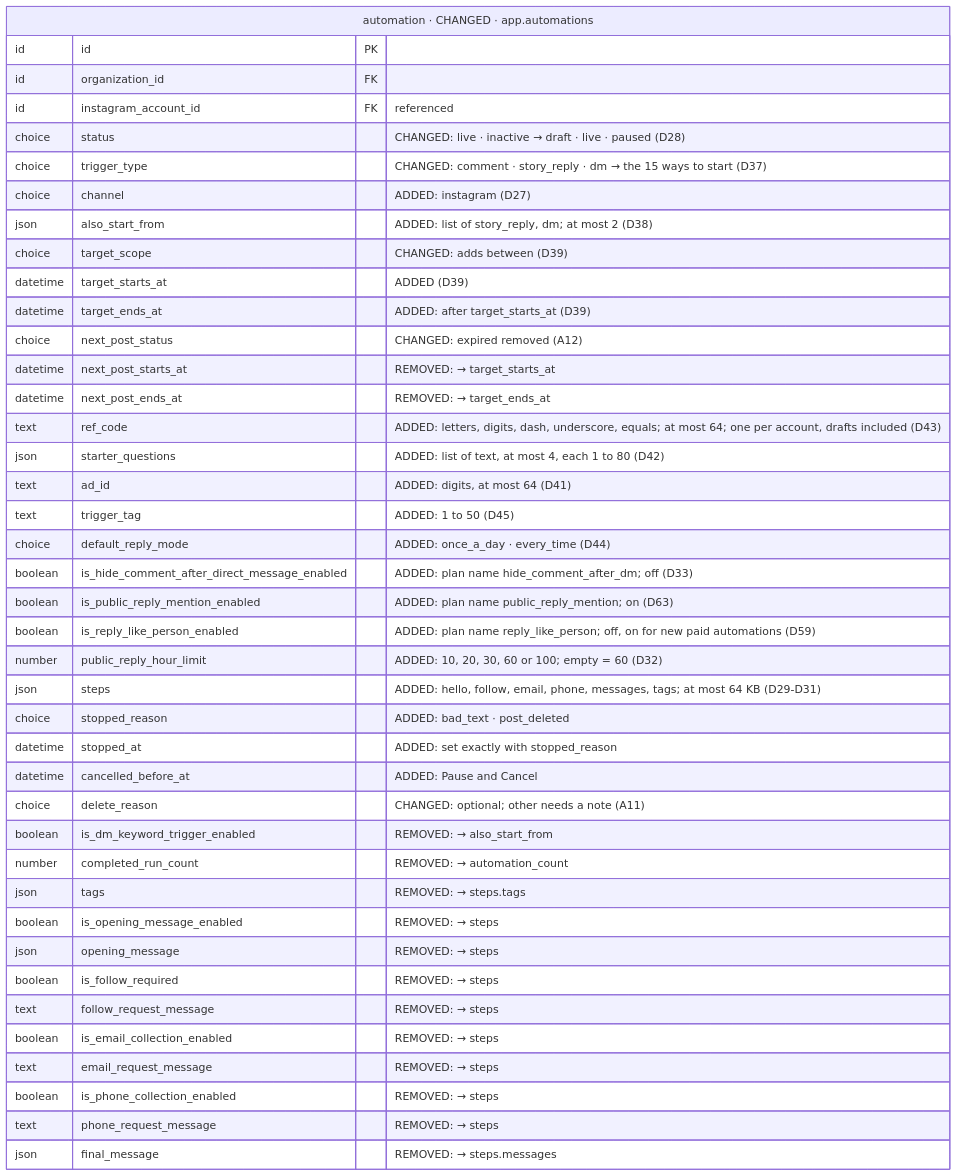
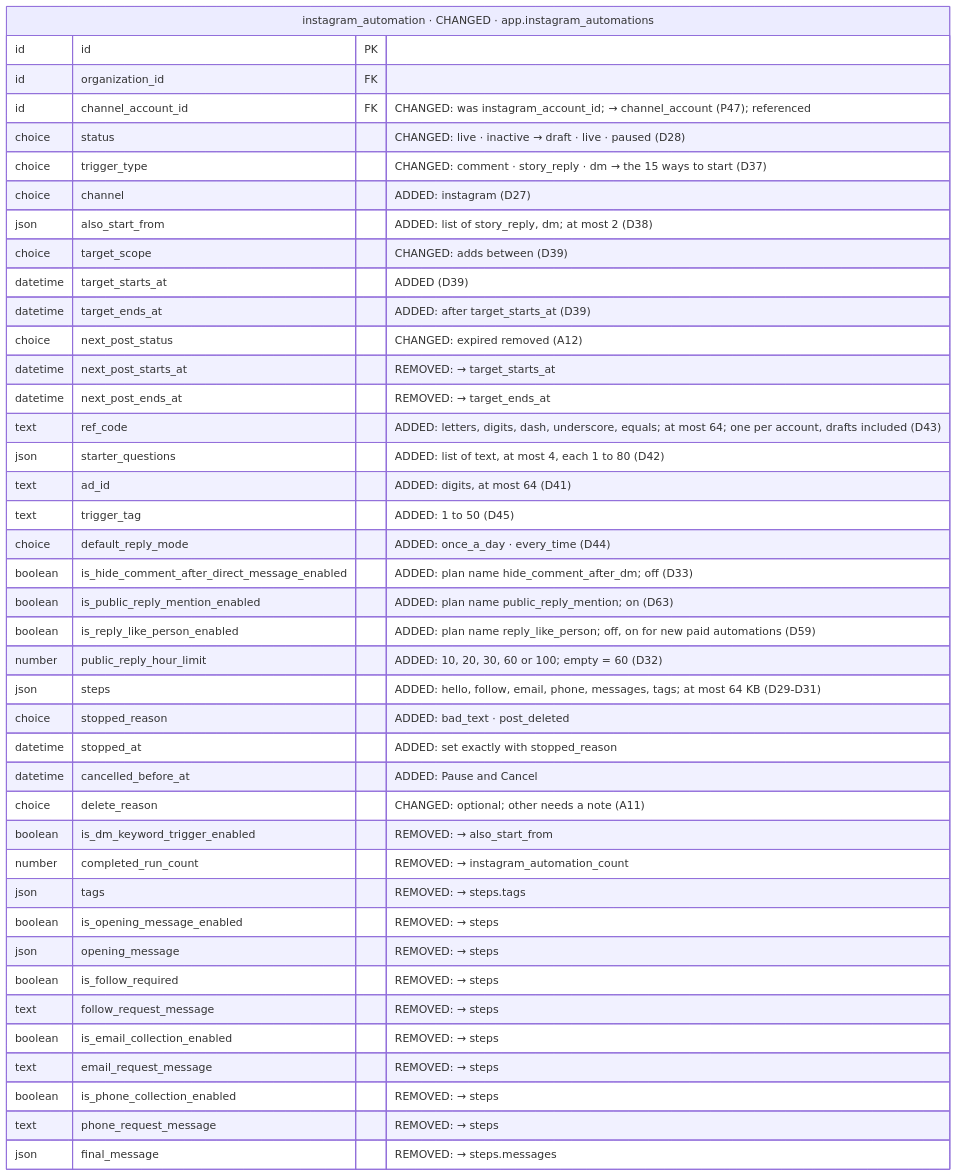
Before and after one commit to albetrios/meepzo-be: diagram 11 of 40 in iterations/feat-instagram-dm-sending-2026-11-23-oxak/plans/db-changes.md, drawn with Mermaid. The commit also changed other lines of this file and 3 other files, not shown here.

````diff
--- a/iterations/feat-instagram-dm-sending-2026-11-23-oxak/plans/db-changes.md
+++ b/iterations/feat-instagram-dm-sending-2026-11-23-oxak/plans/db-changes.md
@@ -549,44 +676,44 @@
 ```mermaid
 erDiagram
-  automation["automation · CHANGED · app.automations"] {
+  instagram_automation["instagram_automation · CHANGED · app.instagram_automations"] {
     id id PK
     id organization_id FK
-    id instagram_account_id FK "referenced"
+    id channel_account_id FK "CHANGED: was instagram_account_id; → channel_account (P47); referenced"
     choice status "CHANGED: live · inactive → draft · live · paused (D28)"
     choice trigger_type "CHANGED: comment · story_reply · dm → the 15 ways to start (D37)"
     choice channel "ADDED: instagram (D27)"
     json also_start_from "ADDED: list of story_reply, dm; at most 2 (D38)"
     choice target_scope "CHANGED: adds between (D39)"
     datetime target_starts_at "ADDED (D39)"
     datetime target_ends_at "ADDED: after target_starts_at (D39)"
     choice next_post_status "CHANGED: expired removed (A12)"
     datetime next_post_starts_at "REMOVED: → target_starts_at"
     datetime next_post_ends_at "REMOVED: → target_ends_at"
     text ref_code "ADDED: letters, digits, dash, underscore, equals; at most 64; one per account, drafts included (D43)"
     json starter_questions "ADDED: list of text, at most 4, each 1 to 80 (D42)"
     text ad_id "ADDED: digits, at most 64 (D41)"
     text trigger_tag "ADDED: 1 to 50 (D45)"
     choice default_reply_mode "ADDED: once_a_day · every_time (D44)"
     boolean is_hide_comment_after_direct_message_enabled "ADDED: plan name hide_comment_after_dm; off (D33)"
     boolean is_public_reply_mention_enabled "ADDED: plan name public_reply_mention; on (D63)"
     boolean is_reply_like_person_enabled "ADDED: plan name reply_like_person; off, on for new paid automations (D59)"
     number public_reply_hour_limit "ADDED: 10, 20, 30, 60 or 100; empty = 60 (D32)"
     json steps "ADDED: hello, follow, email, phone, messages, tags; at most 64 KB (D29-D31)"
     choice stopped_reason "ADDED: bad_text · post_deleted"
     datetime stopped_at "ADDED: set exactly with stopped_reason"
     datetime cancelled_before_at "ADDED: Pause and Cancel"
     choice delete_reason "CHANGED: optional; other needs a note (A11)"
     boolean is_dm_keyword_trigger_enabled "REMOVED: → also_start_from"
-    number completed_run_count "REMOVED: → automation_count"
+    number completed_run_count "REMOVED: → instagram_automation_count"
     json tags "REMOVED: → steps.tags"
     boolean is_opening_message_enabled "REMOVED: → steps"
     json opening_message "REMOVED: → steps"
     boolean is_follow_required "REMOVED: → steps"
     text follow_request_message "REMOVED: → steps"
     boolean is_email_collection_enabled "REMOVED: → steps"
     text email_request_message "REMOVED: → steps"
     boolean is_phone_collection_enabled "REMOVED: → steps"
     text phone_request_message "REMOVED: → steps"
     json final_message "REMOVED: → steps.messages"
   }
 ```
````
